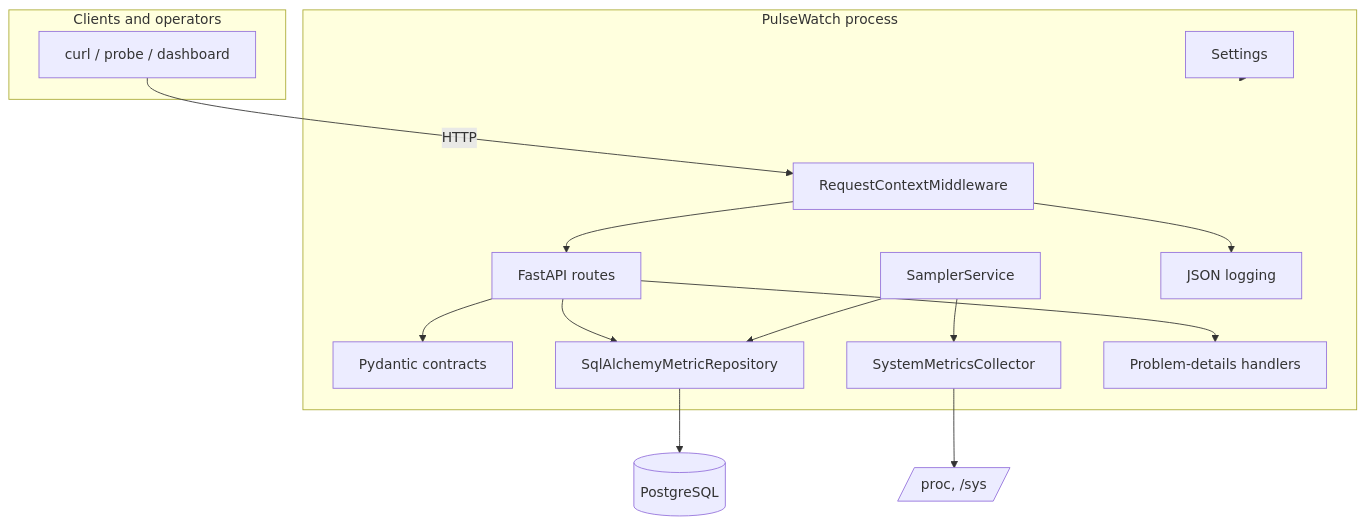
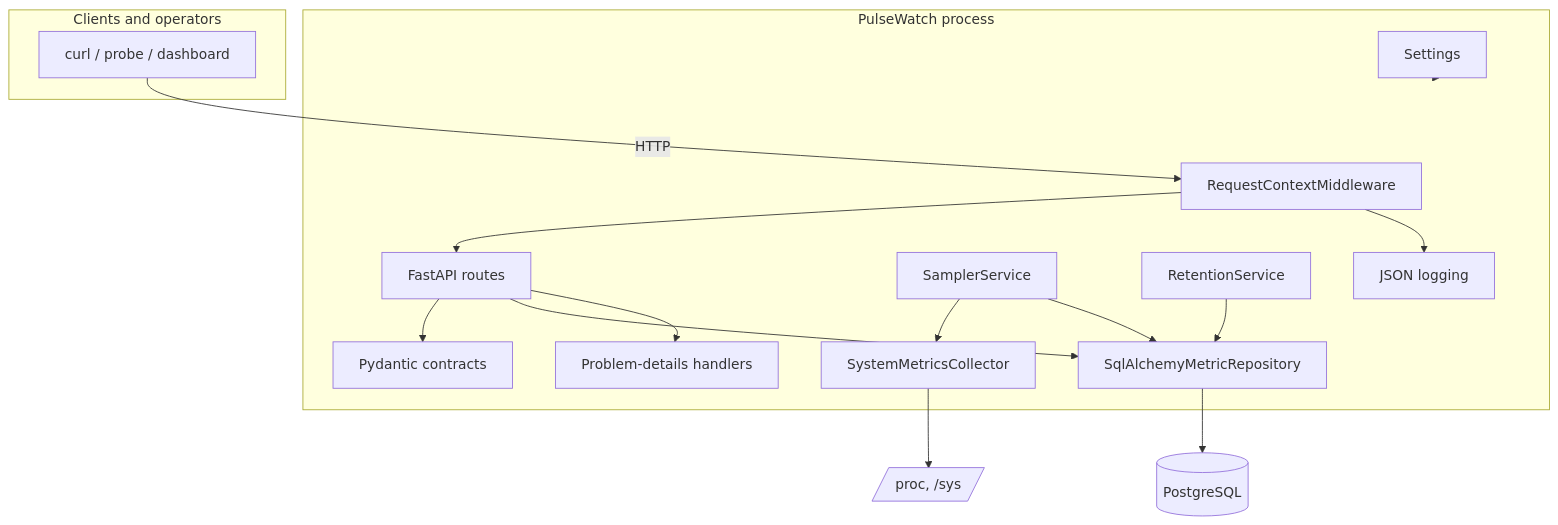
Before and after one commit to sirsona/pulsewatch: the diagram in docs/architecture.md, drawn with Mermaid. The commit also changed other lines of this file and 11 other files, not shown here.

````diff
--- a/docs/architecture.md
+++ b/docs/architecture.md
@@ -18,30 +18,32 @@
 ```mermaid
 flowchart TD
     subgraph client["Clients and operators"]
         operator[curl / probe / dashboard]
     end
 
     subgraph app["PulseWatch process"]
         mw[RequestContextMiddleware]
         routes[FastAPI routes]
         schemas[Pydantic contracts]
         sampler[SamplerService]
+        retention[RetentionService]
         collector[SystemMetricsCollector]
         repo[SqlAlchemyMetricRepository]
         config[Settings]
         logging[JSON logging]
         errors[Problem-details handlers]
     end
 
     operator -->|HTTP| mw
     mw --> routes
     routes --> schemas
     routes --> repo
     routes --> errors
     sampler --> collector
     sampler --> repo
+    retention --> repo
     collector --> proc[/proc, /sys/]
     repo --> postgres[(PostgreSQL)]
     config --> app
     mw --> logging
 ```
````
